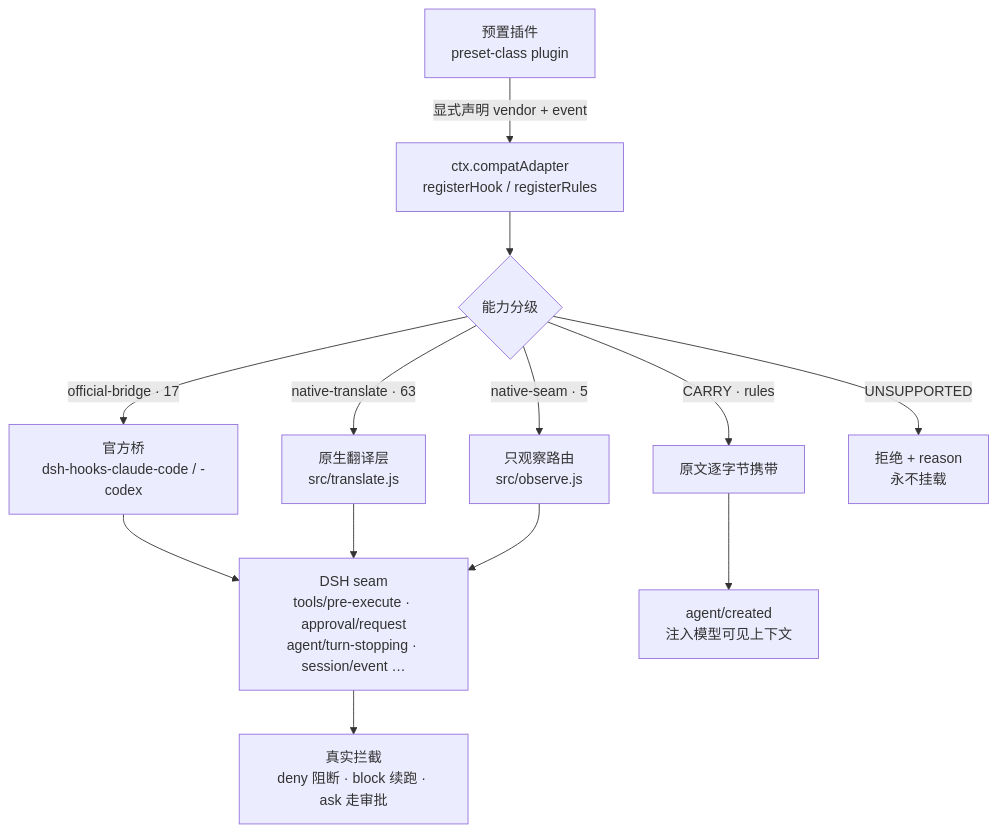
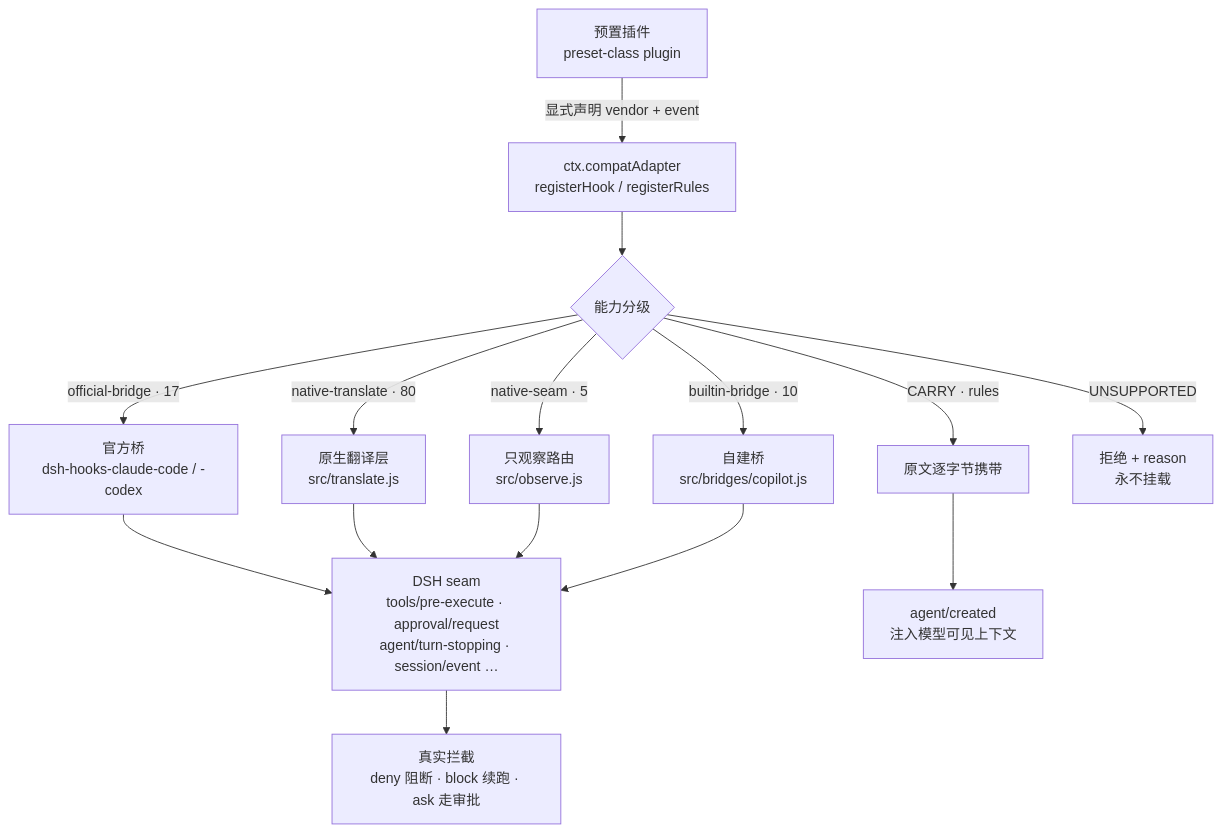
One commit to denceee/dsh-compat-adapter changed the diagram in README.md. Above: the diagram before and after it, drawn with Mermaid. The commit also changed other lines of this file and 4 other files, not shown here.

````diff
--- a/README.md
+++ b/README.md
@@ -120,15 +122,17 @@
 ```mermaid
 flowchart TB
     P["预置插件<br/>preset-class plugin"] -->|"显式声明 vendor + event"| S["ctx.compatAdapter<br/>registerHook / registerRules"]
     S --> G{"能力分级"}
     G -->|"official-bridge · 17"| B["官方桥<br/>dsh-hooks-claude-code / -codex"]
-    G -->|"native-translate · 63"| T["原生翻译层<br/>src/translate.js"]
+    G -->|"native-translate · 80"| T["原生翻译层<br/>src/translate.js"]
     G -->|"native-seam · 5"| O["只观察路由<br/>src/observe.js"]
+    G -->|"builtin-bridge · 10"| BB["自建桥<br/>src/bridges/copilot.js"]
     G -->|"CARRY · rules"| R["原文逐字节携带"]
     G -->|"UNSUPPORTED"| X["拒绝 + reason<br/>永不挂载"]
     B --> SEAM["DSH seam<br/>tools/pre-execute · approval/request<br/>agent/turn-stopping · session/event …"]
     T --> SEAM
     O --> SEAM
+    BB --> SEAM
     R --> CTX["agent/created<br/>注入模型可见上下文"]
     SEAM --> RUN["真实拦截<br/>deny 阻断 · block 续跑 · ask 走审批"]
 ```
````
